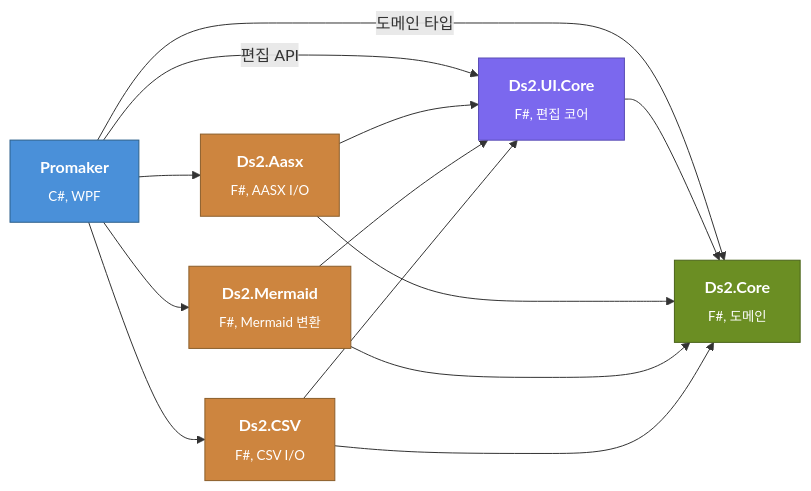
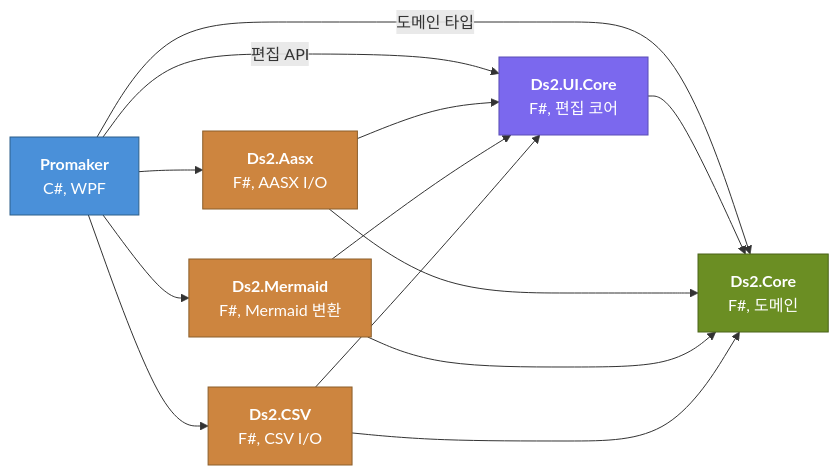
The third of 7 diagrams in README.md (DualsoftDev/ds2), drawn with Mermaid before and after one commit. The commit also changed other lines of this file, not shown here.

````diff
--- a/README.md
+++ b/README.md
@@ -81,29 +81,29 @@
 ```mermaid
 graph LR
-  PM["<b>Promaker</b><br/><sub>C#, WPF</sub>"]
-  UIC["<b>Ds2.UI.Core</b><br/><sub>F#, 편집 코어</sub>"]
-  CORE["<b>Ds2.Core</b><br/><sub>F#, 도메인</sub>"]
-  AASX["<b>Ds2.Aasx</b><br/><sub>F#, AASX I/O</sub>"]
-  MER["<b>Ds2.Mermaid</b><br/><sub>F#, Mermaid 변환</sub>"]
-  CSV["<b>Ds2.CSV</b><br/><sub>F#, CSV I/O</sub>"]
+  PM["<b>Promaker</b><br/>C#, WPF"]
+  UIC["<b>Ds2.UI.Core</b><br/>F#, 편집 코어"]
+  CORE["<b>Ds2.Core</b><br/>F#, 도메인"]
+  AASX["<b>Ds2.Aasx</b><br/>F#, AASX I/O"]
+  MER["<b>Ds2.Mermaid</b><br/>F#, Mermaid 변환"]
+  CSV["<b>Ds2.CSV</b><br/>F#, CSV I/O"]
 
   PM -->|편집 API| UIC
   PM -->|도메인 타입| CORE
   PM --> AASX
   PM --> MER
   PM --> CSV
   UIC --> CORE
   AASX --> UIC
   AASX --> CORE
   MER --> UIC
   MER --> CORE
   CSV --> UIC
   CSV --> CORE
 
   style PM fill:#4a90d9,color:#fff,stroke:#2c5f8a
   style UIC fill:#7b68ee,color:#fff,stroke:#5a4db5
   style CORE fill:#6b8e23,color:#fff,stroke:#4a6319
   style AASX fill:#cd853f,color:#fff,stroke:#8b5e2b
   style MER fill:#cd853f,color:#fff,stroke:#8b5e2b
   style CSV fill:#cd853f,color:#fff,stroke:#8b5e2b
 ```
````
